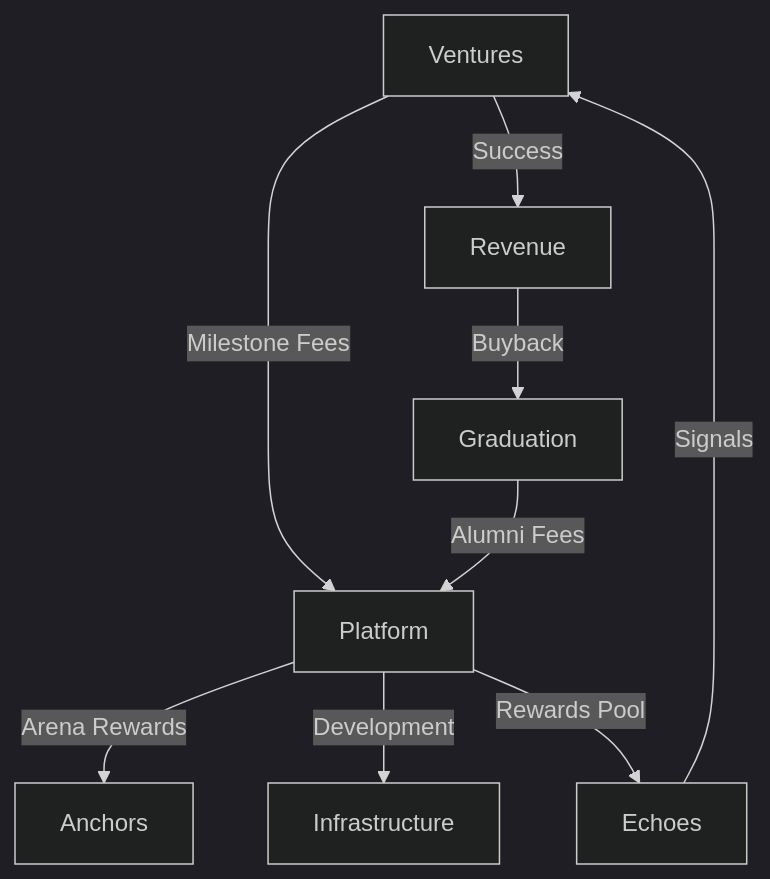
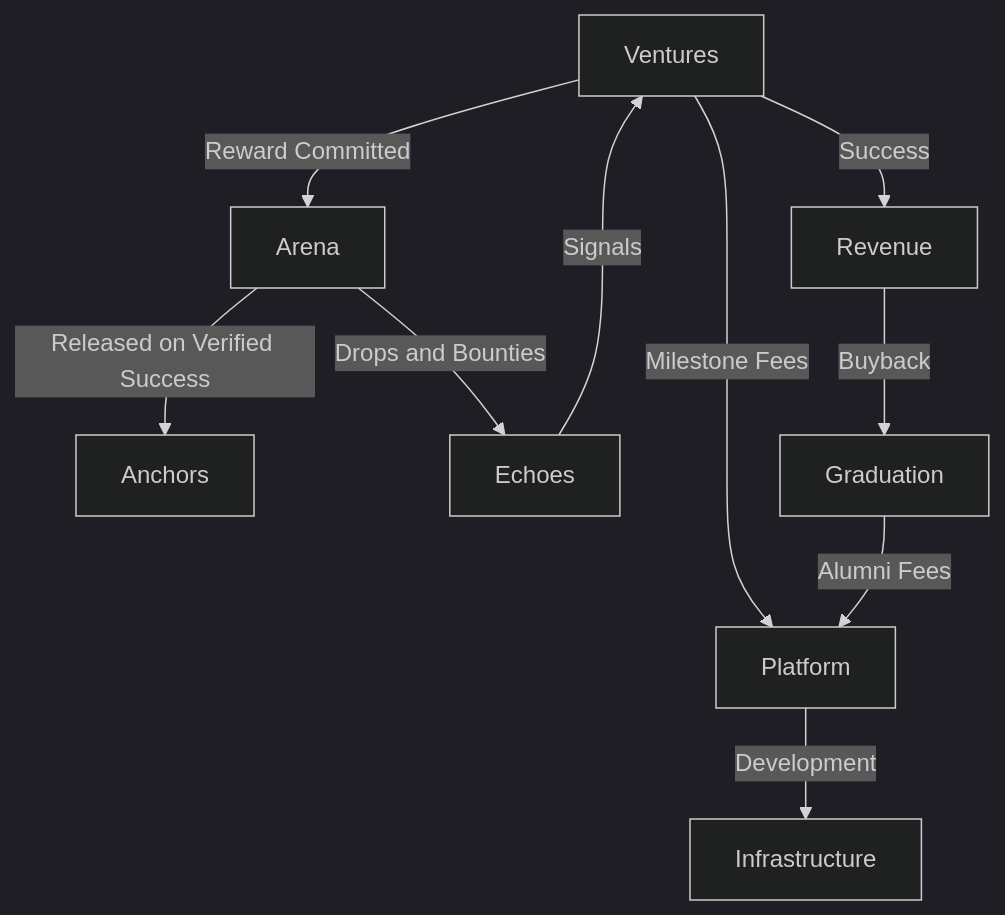
Before and after one commit to studio3-labs/studio3-docs: the third of 3 diagrams in docs/overview-guide/incentives.md, drawn with Mermaid (dark theme). The commit also changed other lines of this file and 3 other files, not shown here.

Commit message:
no-mistakes(review): Fix reputation decay, Arena reward flow, and lint docs

````diff
--- a/docs/overview-guide/incentives.md
+++ b/docs/overview-guide/incentives.md
@@ -211,12 +211,14 @@
 ```mermaid
 flowchart TD
     V[Ventures] -->|Milestone Fees| P[Platform]
-    P -->|Arena Rewards| A[Anchors]
     P -->|Development| I[Infrastructure]
-    P -->|Rewards Pool| E[Echoes]
+
+    V -->|Reward Committed| AR[Arena]
+    AR -->|Released on Verified Success| A[Anchors]
+    AR -->|Drops and Bounties| E[Echoes]
     
     E -->|Signals| V
     V -->|Success| R[Revenue]
     R -->|Buyback| G[Graduation]
     G -->|Alumni Fees| P
 ```
````
